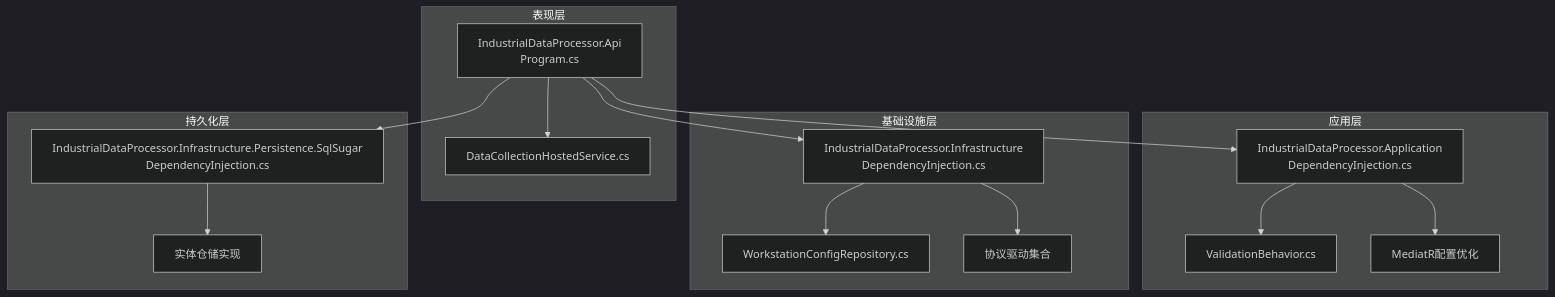
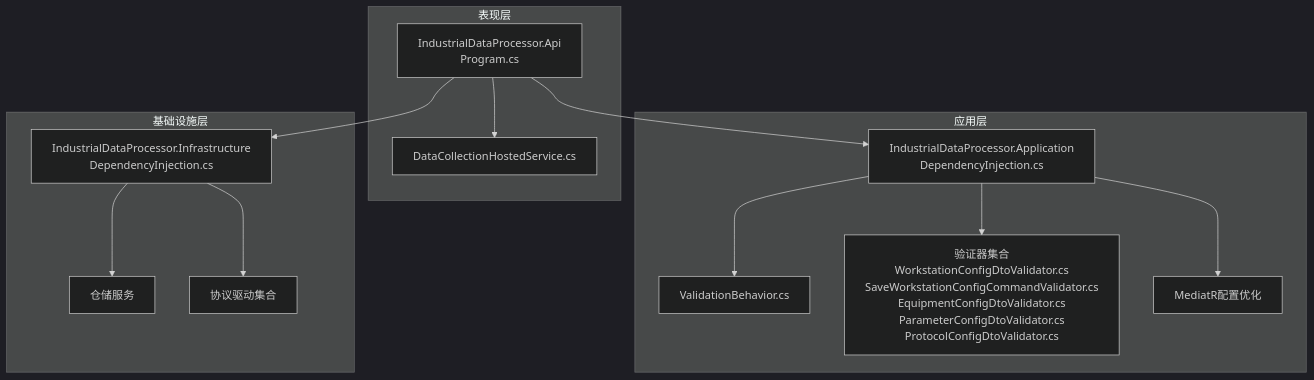
The first of 3 diagrams in .qoder/repowiki/zh/content/系统架构设计/依赖注入配置.md (whitemousetl/IndustrialDataSolution), drawn with Mermaid (dark theme) before and after one commit. The commit also changed other lines of this file and 13 other files, not shown here.

````diff
--- a/.qoder/repowiki/zh/content/系统架构设计/依赖注入配置.md
+++ b/.qoder/repowiki/zh/content/系统架构设计/依赖注入配置.md
@@ -59,30 +47,26 @@
 ```mermaid
 graph TB
 subgraph "表现层"
 API["IndustrialDataProcessor.Api<br/>Program.cs"]
 HOSTED["DataCollectionHostedService.cs"]
 end
 subgraph "应用层"
 APP["IndustrialDataProcessor.Application<br/>DependencyInjection.cs"]
 VALID["ValidationBehavior.cs"]
+VALIDATORS["验证器集合<br/>WorkstationConfigDtoValidator.cs<br/>SaveWorkstationConfigCommandValidator.cs<br/>EquipmentConfigDtoValidator.cs<br/>ParameterConfigDtoValidator.cs<br/>ProtocolConfigDtoValidator.cs"]
 MED["MediatR配置优化"]
 end
 subgraph "基础设施层"
 INFRA["IndustrialDataProcessor.Infrastructure<br/>DependencyInjection.cs"]
-REPO["WorkstationConfigRepository.cs"]
+REPO["仓储服务"]
 DRIVERS["协议驱动集合"]
-end
-subgraph "持久化层"
-PERSIST["IndustrialDataProcessor.Infrastructure.Persistence.SqlSugar<br/>DependencyInjection.cs"]
-ENTITIES["实体仓储实现"]
 end
 API --> HOSTED
 API --> APP
 API --> INFRA
-API --> PERSIST
 APP --> VALID
+APP --> VALIDATORS
 APP --> MED
 INFRA --> REPO
 INFRA --> DRIVERS
-PERSIST --> ENTITIES
 ```
````
